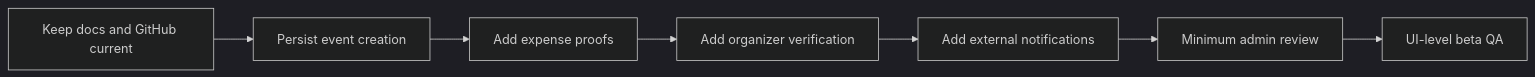
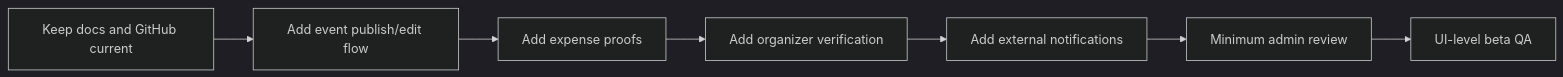
The fourth of 4 diagrams in docs/project-architecture-brief-v0.1.md (moirakk/GatherUp), drawn with Mermaid (dark theme) before and after one commit. The commit also changed other lines of this file and 6 other files, not shown here.

Commit message:
Use real event creation path

````diff
--- a/docs/project-architecture-brief-v0.1.md
+++ b/docs/project-architecture-brief-v0.1.md
@@ -239,9 +239,9 @@
 ```mermaid
 flowchart LR
-  A["Keep docs and GitHub current"] --> B["Persist event creation"]
+  A["Keep docs and GitHub current"] --> B["Add event publish/edit flow"]
   B --> C["Add expense proofs"]
   C --> D["Add organizer verification"]
   D --> E["Add external notifications"]
   E --> F["Minimum admin review"]
   F --> G["UI-level beta QA"]
 ```
````
